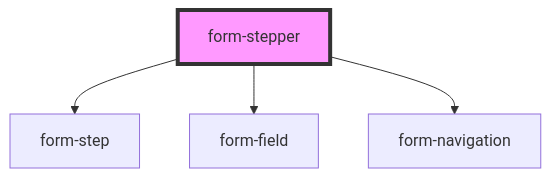
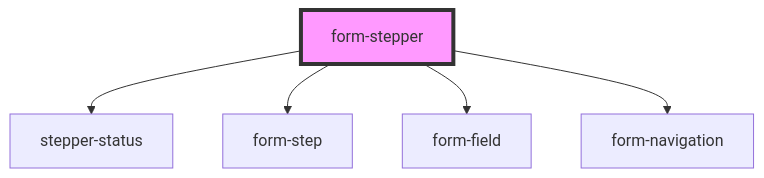
The diagram in src/components/form-stepper/readme.md (hillmanliming/StepperForm), drawn with Mermaid before and after one commit. The commit also changed other lines of this file and 13 other files, not shown here.

````diff
--- a/src/components/form-stepper/readme.md
+++ b/src/components/form-stepper/readme.md
@@ -17,7 +18,8 @@
 ```mermaid
 graph TD;
+  form-stepper --> stepper-status
   form-stepper --> form-step
   form-stepper --> form-field
   form-stepper --> form-navigation
   style form-stepper fill:#f9f,stroke:#333,stroke-width:4px
 ```
````
